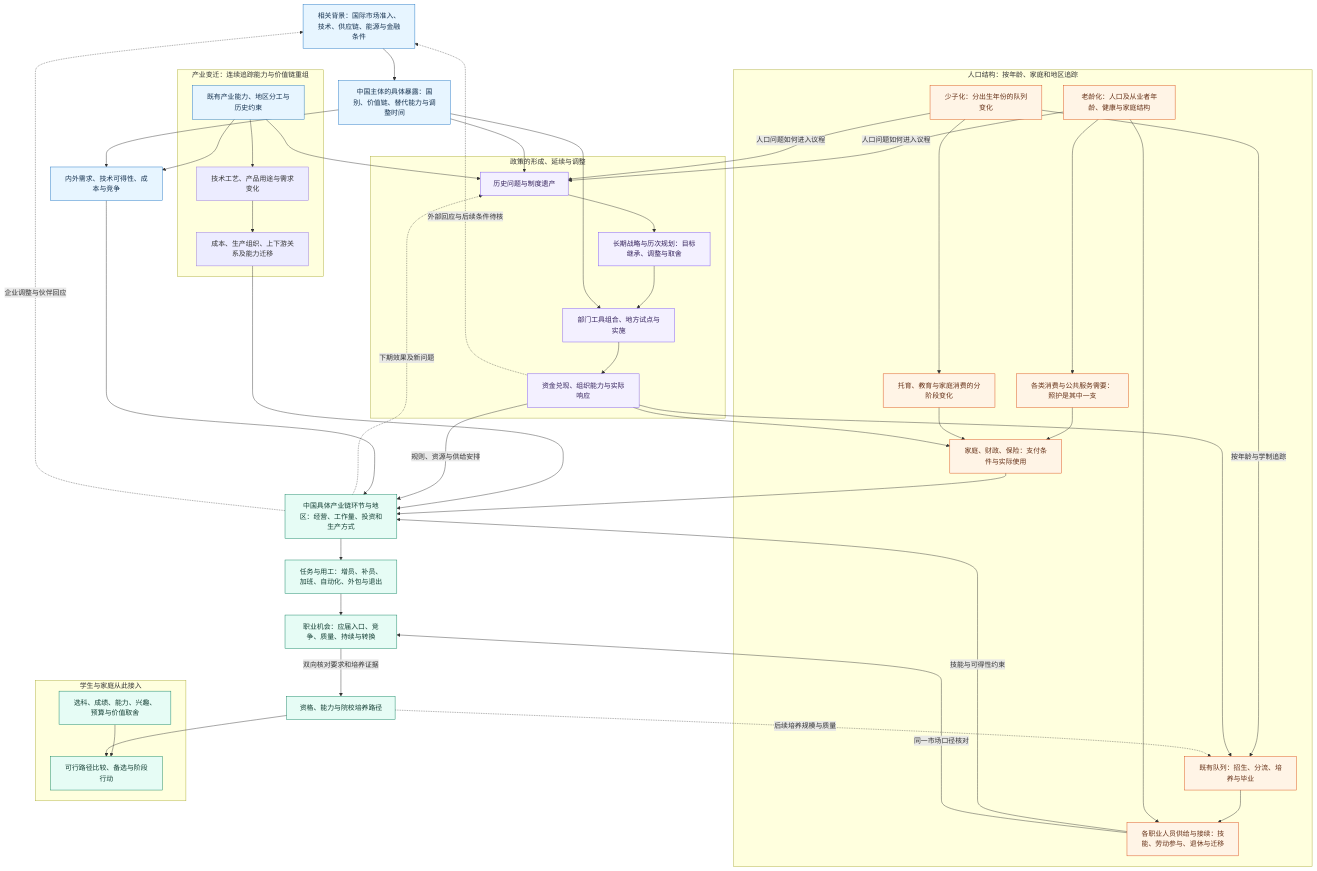
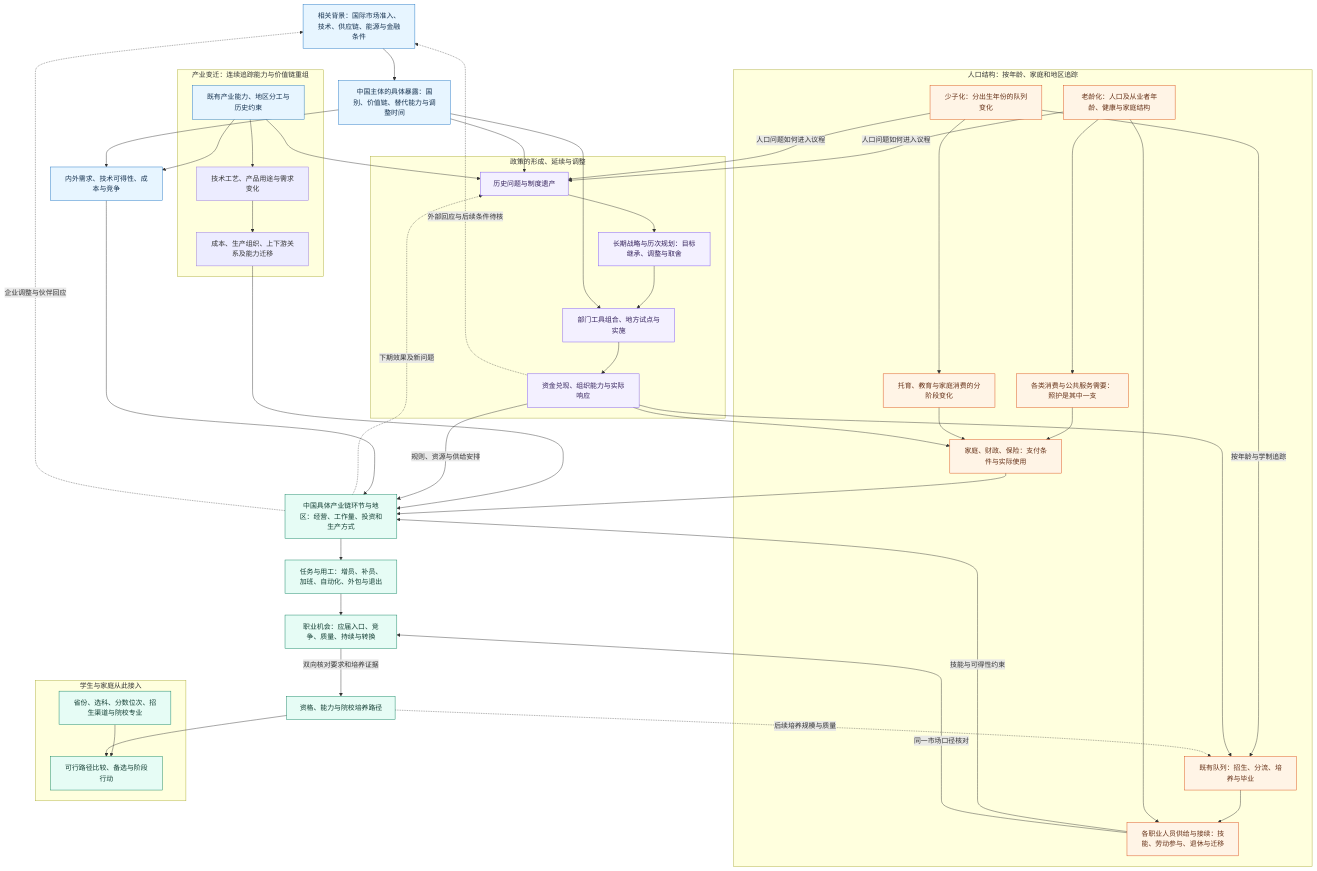
The diagram in docs/research-architecture.md (mythpan1/pathwise-research), drawn with Mermaid before and after one commit. The commit also changed other lines of this file, not shown here.

````diff
--- a/docs/research-architecture.md
+++ b/docs/research-architecture.md
@@ -37,63 +37,63 @@
 ```mermaid
 flowchart TB
     X["相关背景：国际市场准入、技术、供应链、能源与金融条件"]
     X --> EX["中国主体的具体暴露：国别、价值链、替代能力与调整时间"]
     subgraph industry["产业变迁：连续追踪能力与价值链重组"]
         B["既有产业能力、地区分工与历史约束"] --> I1["技术工艺、产品用途与需求变化"]
         I1 --> I2["成本、生产组织、上下游关系及能力迁移"]
     end
 
     subgraph policy["政策的形成、延续与调整"]
         P0["历史问题与制度遗产"] --> P1["长期战略与历次规划：目标继承、调整与取舍"]
         P1 --> P2["部门工具组合、地方试点与实施"]
         P2 --> P3["资金兑现、组织能力与实际响应"]
     end
 
     subgraph population["人口结构：按年龄、家庭和地区追踪"]
         A["老龄化：人口及从业者年龄、健康与家庭结构"] --> N1["各类消费与公共服务需要：照护是其中一支"]
         C["少子化：分出生年份的队列变化"] --> N2["托育、教育与家庭消费的分阶段变化"]
         N1 --> PAY["家庭、财政、保险：支付条件与实际使用"]
         N2 --> PAY
         C -->|按年龄与学制追踪| CO["既有队列：招生、分流、培养与毕业"]
         CO --> S["各职业人员供给与接续：技能、劳动参与、退休与迁移"]
         A --> S
     end
 
     EX --> P0
     EX --> P2
     B --> P0
     A -->|人口问题如何进入议程| P0
     C -->|人口问题如何进入议程| P0
     EX --> MKT["内外需求、技术可得性、成本与竞争"]
     B --> MKT
     I2 --> E
     P3 -->|规则、资源与供给安排| E["中国具体产业链环节与地区：经营、工作量、投资和生产方式"]
     P3 --> PAY
     P3 --> CO
     MKT --> E
     PAY --> E
     S -->|技能与可得性约束| E
     E --> J["任务与用工：增员、补员、加班、自动化、外包与退出"]
     J --> O["职业机会：应届入口、竞争、质量、持续与转换"]
     S -->|同一市场口径核对| O
     O -->|双向核对要求和培养证据| T["资格、能力与院校培养路径"]
 
     subgraph decision["学生与家庭从此接入"]
-        U["选科、成绩、能力、兴趣、预算与价值取舍"] --> F["可行路径比较、备选与阶段行动"]
+        U["省份、选科、分数位次、招生渠道与院校专业"] --> F["可行路径比较、备选与阶段行动"]
     end
     T --> F
 
     E -.->|下期效果及新问题| P0
     E -.->|企业调整与伙伴回应| X
     P3 -.->|外部回应与后续条件待核| X
     T -.->|后续培养规模与质量| CO
 
     classDef context fill:#e7f5ff,stroke:#1971c2,color:#16324f;
     classDef pol fill:#f3f0ff,stroke:#7950f2,color:#33205a;
     classDef pop fill:#fff4e6,stroke:#d9480f,color:#653017;
     classDef outcome fill:#e6fcf5,stroke:#087f5b,color:#123d32;
     class X,EX,B,MKT context;
     class P0,P1,P2,P3 pol;
     class A,C,N1,N2,PAY,CO,S pop;
     class E,J,O,T,F,U outcome;
 ```
````
